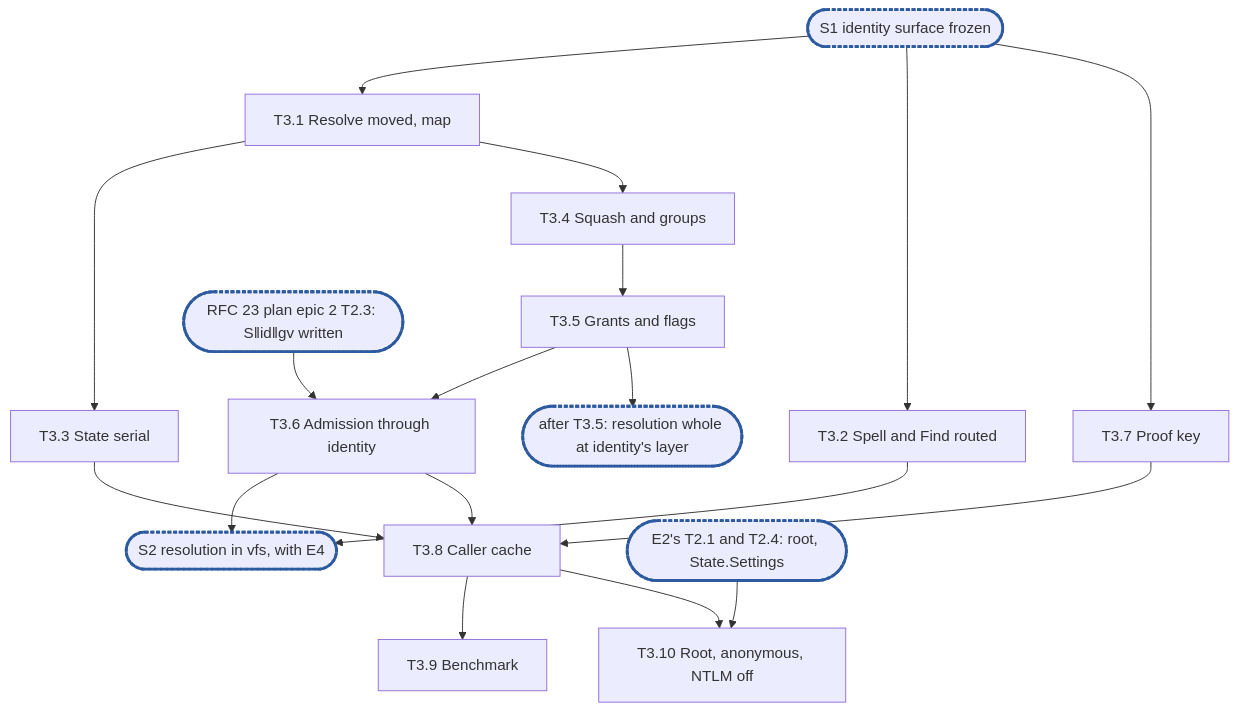
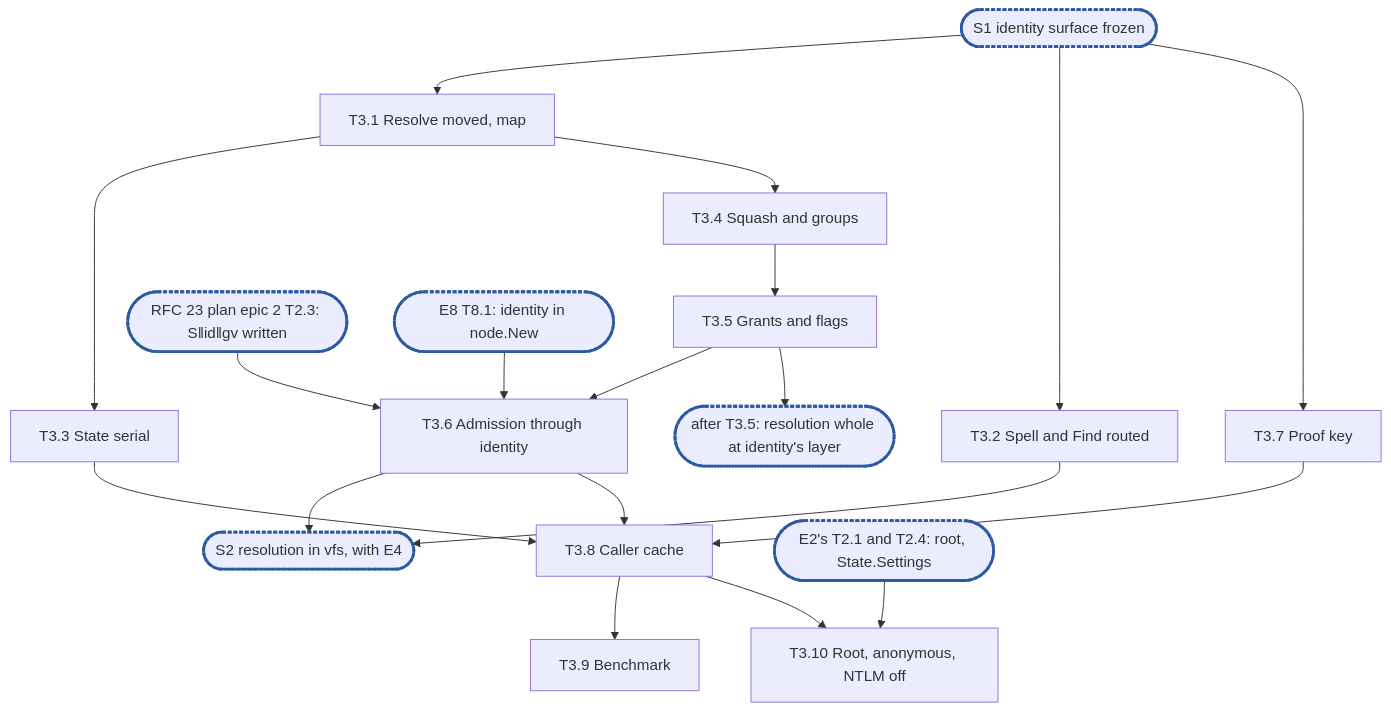
The diagram in docs/internals/planning/rfc-18-identity-epic3.md (cubbit/dittofs), drawn with Mermaid before and after one commit. The commit also changed other lines of this file, not shown here.

````diff
--- a/docs/internals/planning/rfc-18-identity-epic3.md
+++ b/docs/internals/planning/rfc-18-identity-epic3.md
@@ -602,16 +606,17 @@
 ```mermaid
 flowchart TD
   S1(["S1 identity surface frozen"]):::sync --> T3_1["T3.1 Resolve moved, map"]
   S1 --> T3_2["T3.2 Spell and Find routed"]
   T3_1 --> T3_3["T3.3 State serial"]
   T3_1 --> T3_4["T3.4 Squash and groups"] --> T3_5["T3.5 Grants and flags"] --> T3_6["T3.6 Admission through identity"]
   S1 --> T3_7["T3.7 Proof key"]
   T3_2 & T3_6 --> S2(["S2 resolution in vfs, with E4"]):::sync
   X1(["RFC 23 plan epic 2 T2.3: S‖id‖gv written"]):::sync --> T3_6
+  X2(["E8 T8.1: identity in node.New"]):::sync --> T3_6
   T3_3 & T3_6 & T3_7 --> T3_8["T3.8 Caller cache"]
   T3_8 --> T3_9["T3.9 Benchmark"]
   E2(["E2's T2.1 and T2.4: root, State.Settings"]):::sync --> T3_10["T3.10 Root, anonymous, NTLM off"]
   T3_8 --> T3_10
   T3_5 --> C1(["after T3.5: resolution whole at identity's layer"]):::sync
   classDef sync stroke:#2c5aa0,stroke-width:3px,stroke-dasharray:4 2
 ```
````
